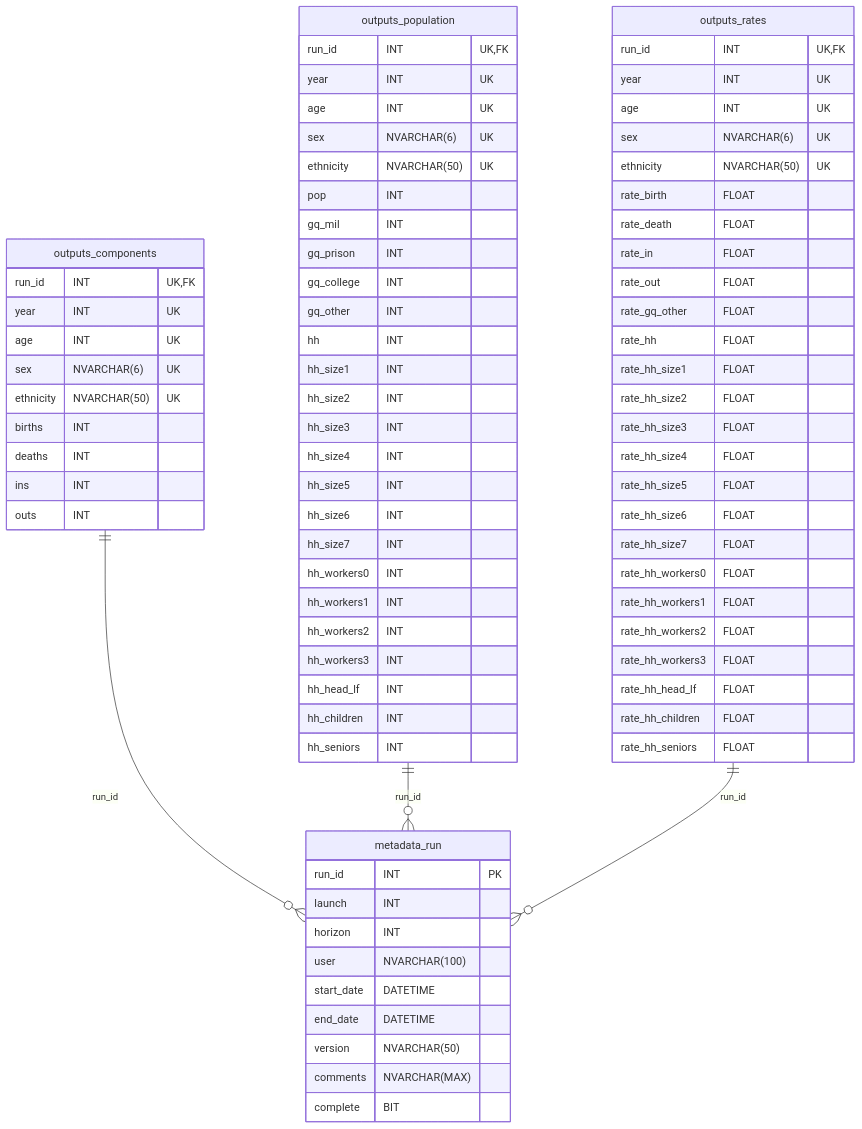
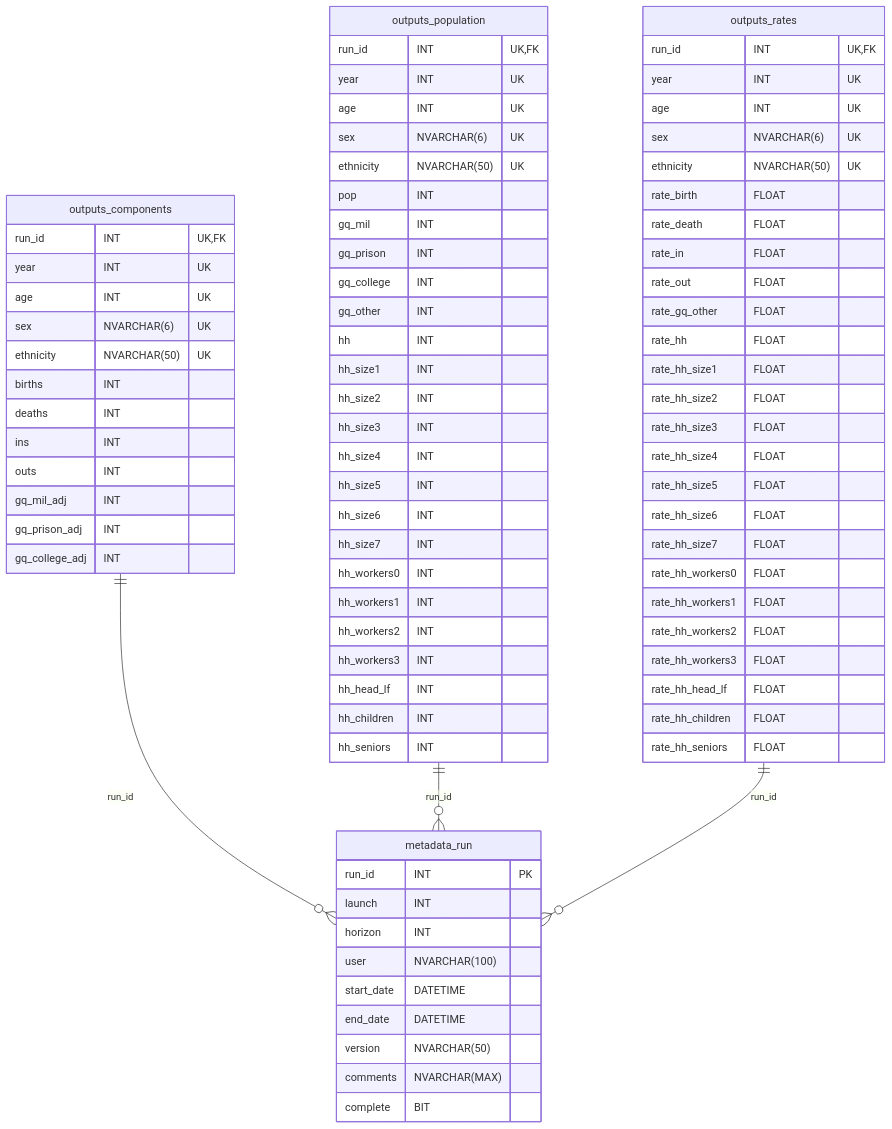
One commit to SANDAG/Cohort-Component-Model changed the diagram in README.md. Above: the diagram before and after it, drawn with Mermaid. The commit also changed 5 other files, not shown here.

```diff
--- a/README.md
+++ b/README.md
@@ -119,6 +119,9 @@
         deaths INT
         ins INT
         outs INT
+        gq_mil_adj INT
+        gq_prison_adj INT
+        gq_college_adj INT
     }
 
     outputs_population {
```
